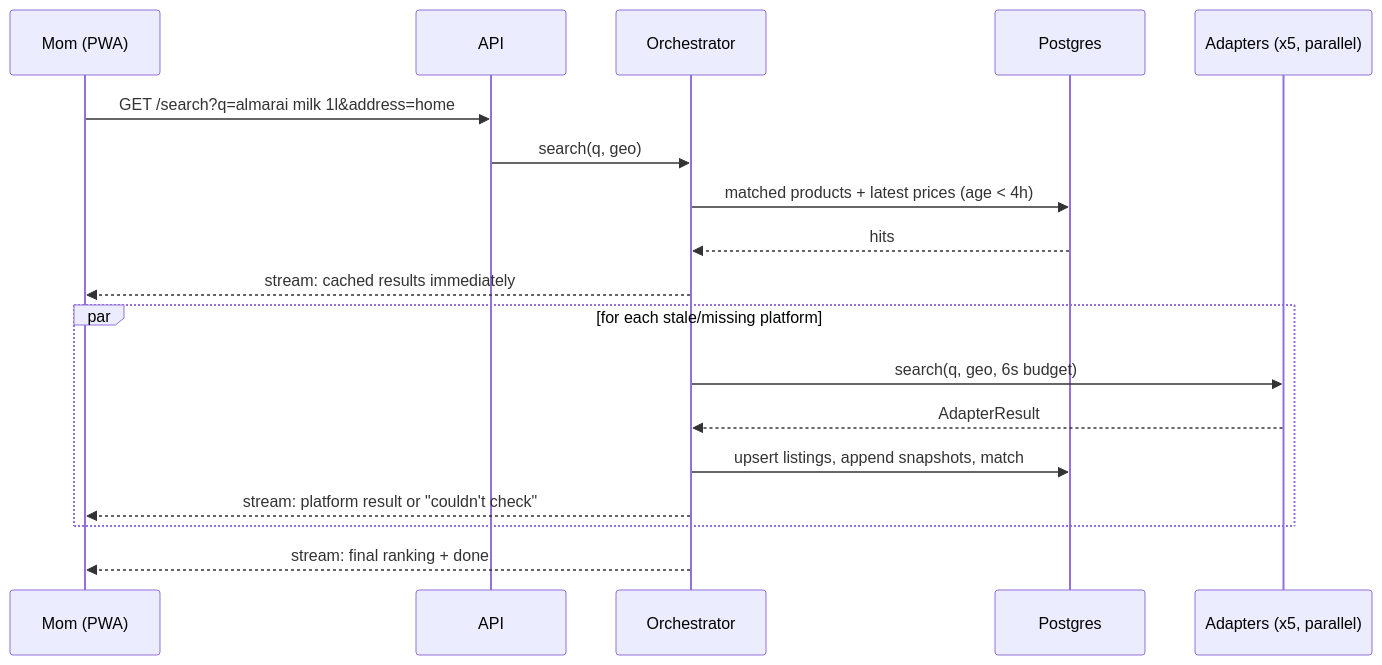
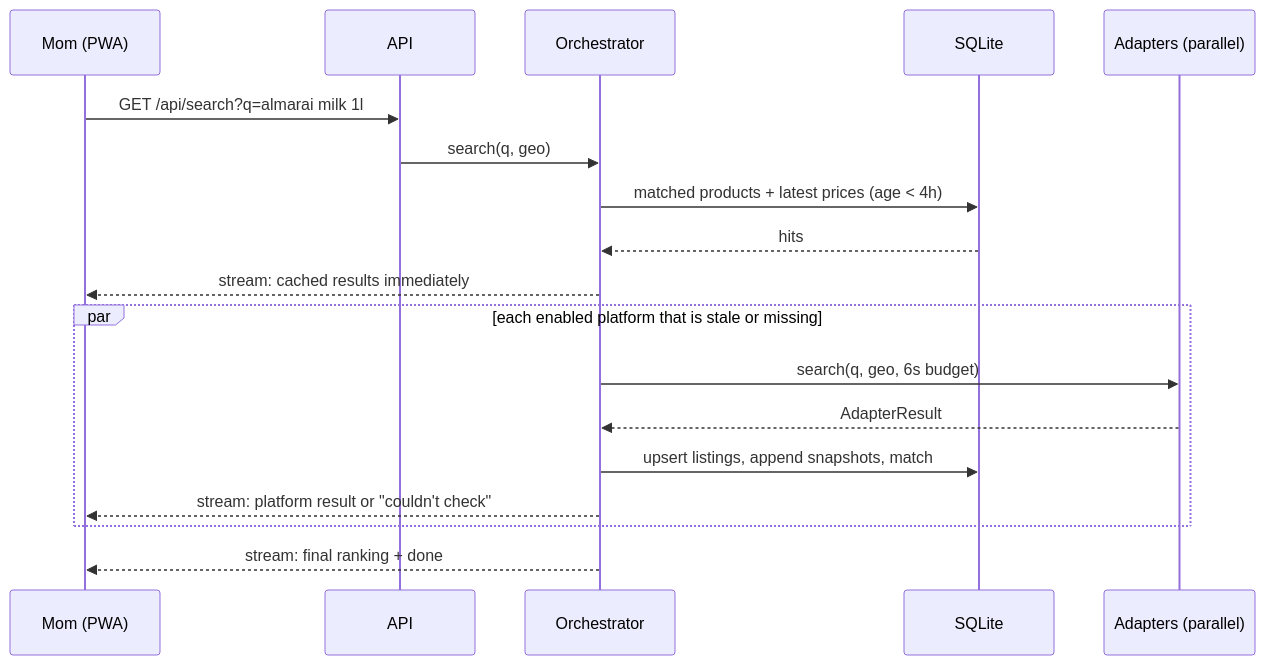
Before and after one commit to reaanv/your-repo-name: the second of 2 diagrams in docs/grocery-compare/ARCHITECTURE.md, drawn with Mermaid. The commit also changed other lines of this file and 3 other files, not shown here.

````diff
--- a/docs/grocery-compare/ARCHITECTURE.md
+++ b/docs/grocery-compare/ARCHITECTURE.md
@@ -201,21 +213,21 @@
 ```mermaid
 sequenceDiagram
   participant M as Mom (PWA)
   participant API as API
   participant O as Orchestrator
-  participant DB as Postgres
-  participant A as Adapters (x5, parallel)
+  participant DB as SQLite
+  participant A as Adapters (parallel)
 
-  M->>API: GET /search?q=almarai milk 1l&address=home
+  M->>API: GET /api/search?q=almarai milk 1l
   API->>O: search(q, geo)
   O->>DB: matched products + latest prices (age < 4h)
   DB-->>O: hits
   O-->>M: stream: cached results immediately
-  par for each stale/missing platform
+  par each enabled platform that is stale or missing
     O->>A: search(q, geo, 6s budget)
     A-->>O: AdapterResult
     O->>DB: upsert listings, append snapshots, match
     O-->>M: stream: platform result or "couldn't check"
   end
   O-->>M: stream: final ranking + done
 ```
````
